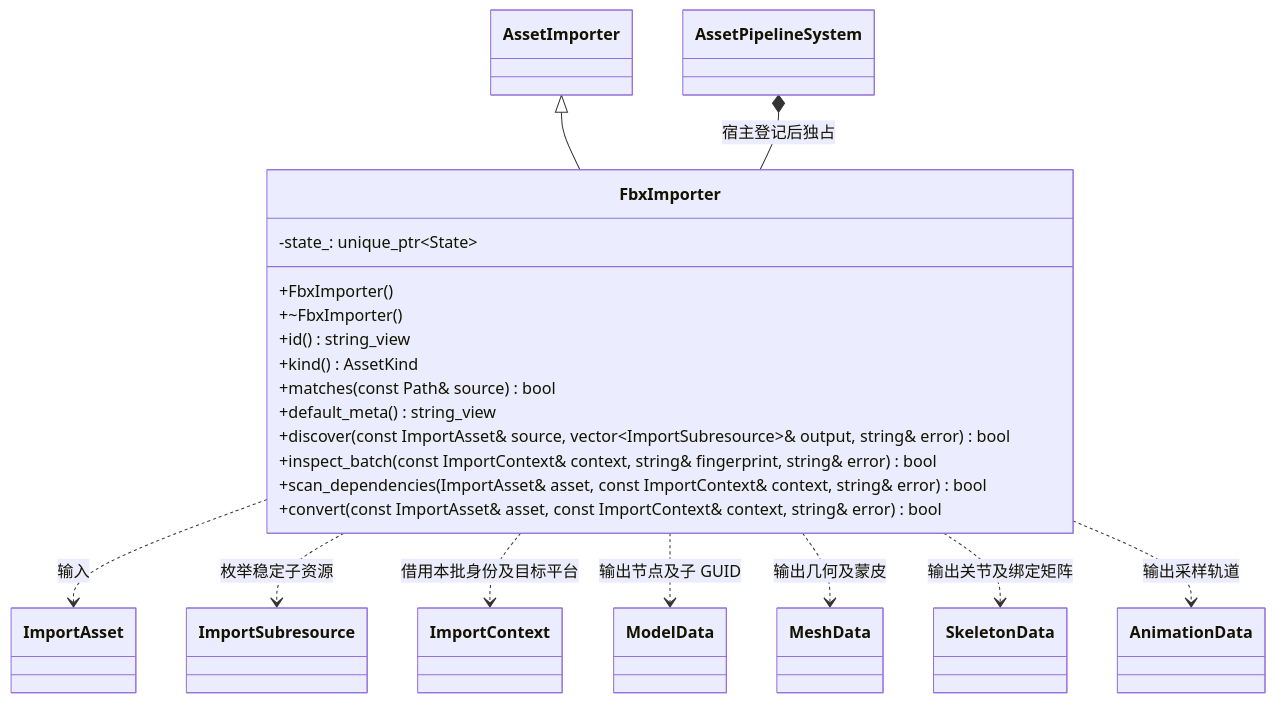
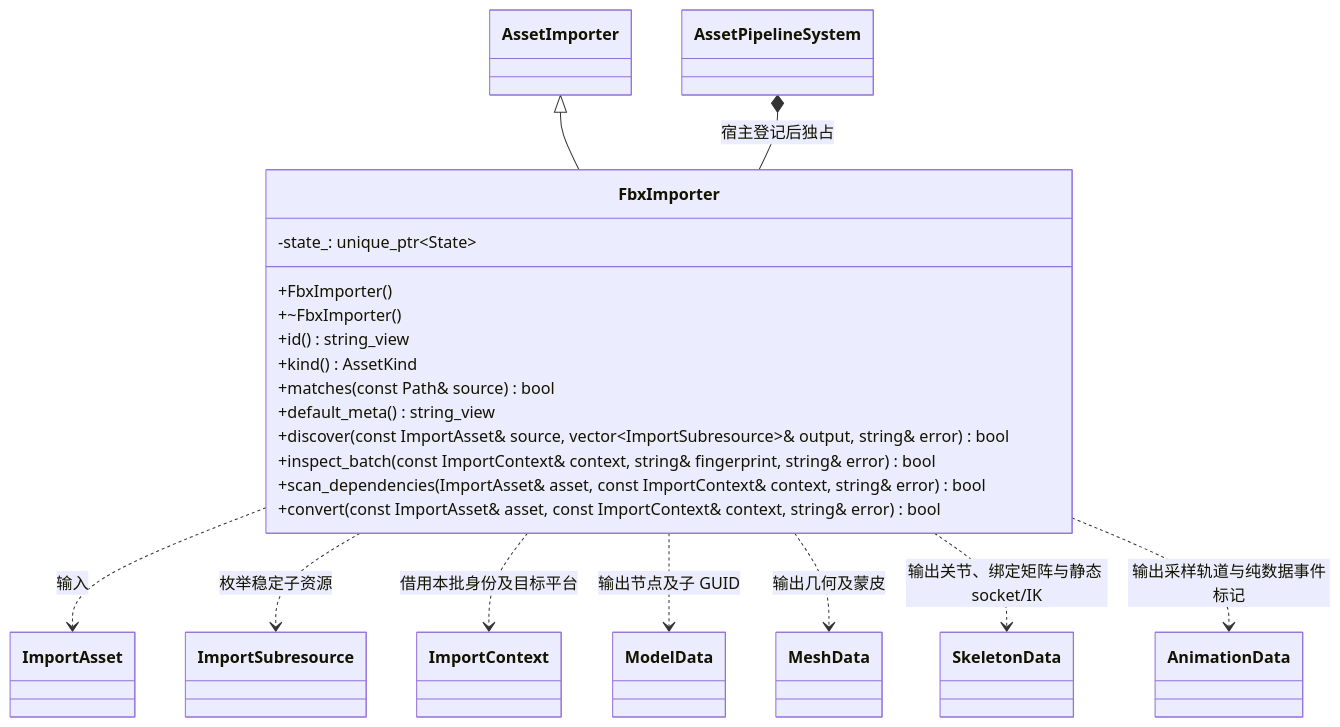
The diagram in docs/plugins/editor/class-diagrams/fbx-importer.md (lcals/Engine), drawn with Mermaid before and after one commit. The commit also changed other lines of this file and 116 other files, not shown here.

````diff
--- a/docs/plugins/editor/class-diagrams/fbx-importer.md
+++ b/docs/plugins/editor/class-diagrams/fbx-importer.md
@@ -7,34 +7,34 @@
 ```mermaid
 classDiagram
     class AssetImporter
     class FbxImporter {
         +FbxImporter()
         +~FbxImporter()
         +id() string_view
         +kind() AssetKind
         +matches(const Path& source) bool
         +default_meta() string_view
         +discover(const ImportAsset& source, vector~ImportSubresource~& output, string& error) bool
         +inspect_batch(const ImportContext& context, string& fingerprint, string& error) bool
         +scan_dependencies(ImportAsset& asset, const ImportContext& context, string& error) bool
         +convert(const ImportAsset& asset, const ImportContext& context, string& error) bool
         -state_: unique_ptr~State~
     }
     class AssetPipelineSystem
     class ImportAsset
     class ImportSubresource
     class ImportContext
     class ModelData
     class MeshData
     class SkeletonData
     class AnimationData
     AssetImporter <|-- FbxImporter
     AssetPipelineSystem *-- FbxImporter : 宿主登记后独占
     FbxImporter ..> ImportAsset : 输入
     FbxImporter ..> ImportSubresource : 枚举稳定子资源
     FbxImporter ..> ImportContext : 借用本批身份及目标平台
     FbxImporter ..> ModelData : 输出节点及子 GUID
     FbxImporter ..> MeshData : 输出几何及蒙皮
-    FbxImporter ..> SkeletonData : 输出关节及绑定矩阵
-    FbxImporter ..> AnimationData : 输出采样轨道
+    FbxImporter ..> SkeletonData : 输出关节、绑定矩阵与静态 socket/IK
+    FbxImporter ..> AnimationData : 输出采样轨道与纯数据事件标记
 ```
````
